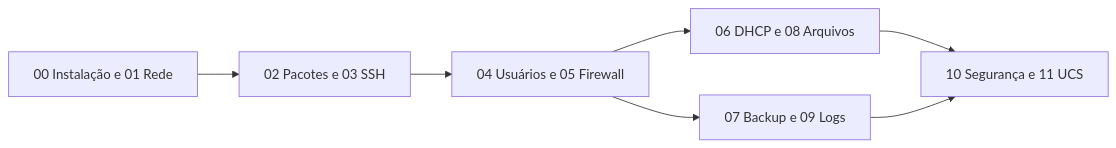
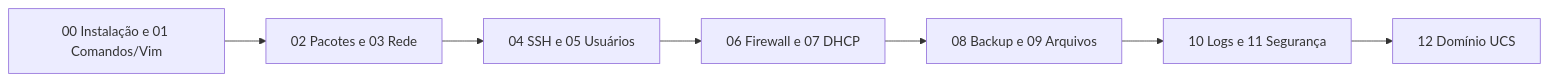
Before and after one commit to Redes-de-computadores/servidores: the diagram in README.md, drawn with Mermaid. The commit also changed other lines of this file and 47 other files, not shown here.

````diff
--- a/README.md
+++ b/README.md
@@ -31,9 +32,9 @@
 ```mermaid
 flowchart LR
-    A[00 Instalação e 01 Rede] --> B[02 Pacotes e 03 SSH]
-    B --> C[04 Usuários e 05 Firewall]
-    C --> D[06 DHCP e 08 Arquivos]
-    C --> E[07 Backup e 09 Logs]
-    D --> F[10 Segurança e 11 UCS]
-    E --> F
+    A[00 Instalação e 01 Comandos/Vim] --> B[02 Pacotes e 03 Rede]
+    B --> C[04 SSH e 05 Usuários]
+    C --> D[06 Firewall e 07 DHCP]
+    D --> E[08 Backup e 09 Arquivos]
+    E --> F[10 Logs e 11 Segurança]
+    F --> G[12 Domínio UCS]
 ```
````
